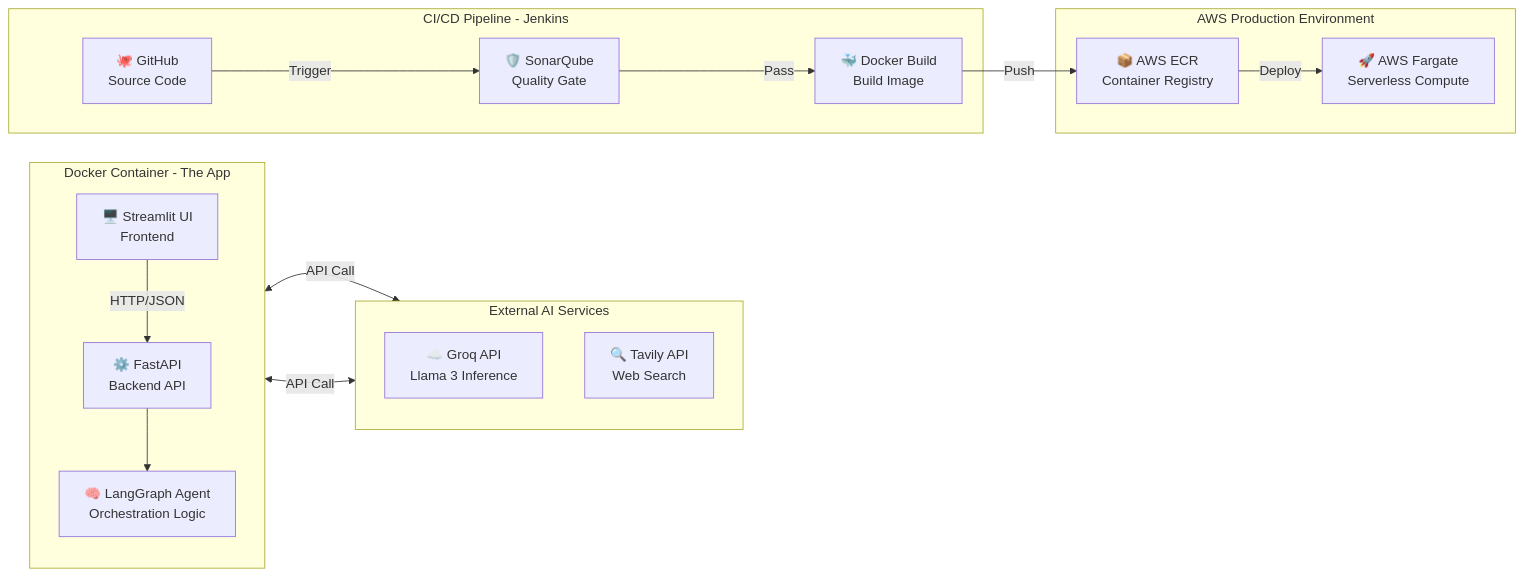
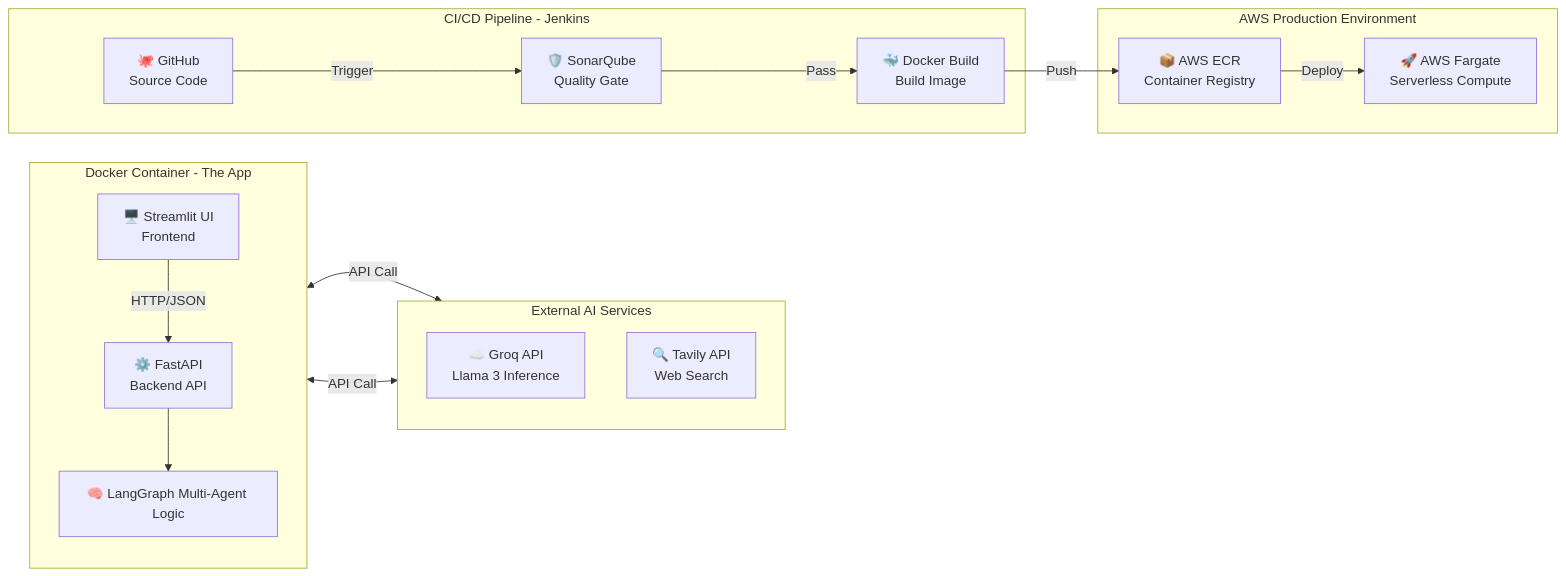
One commit to amir-khosravi/web-rag-copilot changed the diagram in README.md. Above: the diagram before and after it, drawn with Mermaid. The commit also changed other lines of this file, not shown here.

Commit message:
Update README with Mermaid architecture diagram and full project documentation

````diff
--- a/README.md
+++ b/README.md
@@ -20,43 +20,43 @@
 ```mermaid
 graph LR
 
     %% External Services
     subgraph External_APIs [External AI Services]
         direction TB
         Groq[☁️ Groq API<br/>Llama 3 Inference]
         Tavily[🔍 Tavily API<br/>Web Search]
     end
 
     %% Main Application
     subgraph Application [Docker Container - The App]
         direction TB
         Streamlit[🖥️ Streamlit UI<br/>Frontend]
         FastAPI[⚙️ FastAPI<br/>Backend API]
-        LangGraph[🧠 LangGraph Agent<br/>Orchestration Logic]
+        LangGraph[🧠 LangGraph Multi-Agent Logic]
         
         Streamlit -->|HTTP/JSON| FastAPI
         FastAPI --> LangGraph
     end
 
     %% CI/CD Pipeline
     subgraph CI_CD [CI/CD Pipeline - Jenkins]
         GitHub[🐙 GitHub<br/>Source Code]
         SonarQube[🛡️ SonarQube<br/>Quality Gate]
         DockerBuild[🐳 Docker Build<br/>Build Image]
     end
 
     %% AWS Cloud
     subgraph AWS_Cloud [AWS Production Environment]
         ECR[📦 AWS ECR<br/>Container Registry]
         Fargate[🚀 AWS Fargate<br/>Serverless Compute]
     end
 
     %% Connections
     LangGraph <-->|API Call| Groq
     LangGraph <-->|API Call| Tavily
 
     GitHub -->|Trigger| SonarQube
     SonarQube -->|Pass| DockerBuild
     DockerBuild -->|Push| ECR
     ECR -->|Deploy| Fargate
 ```
````
